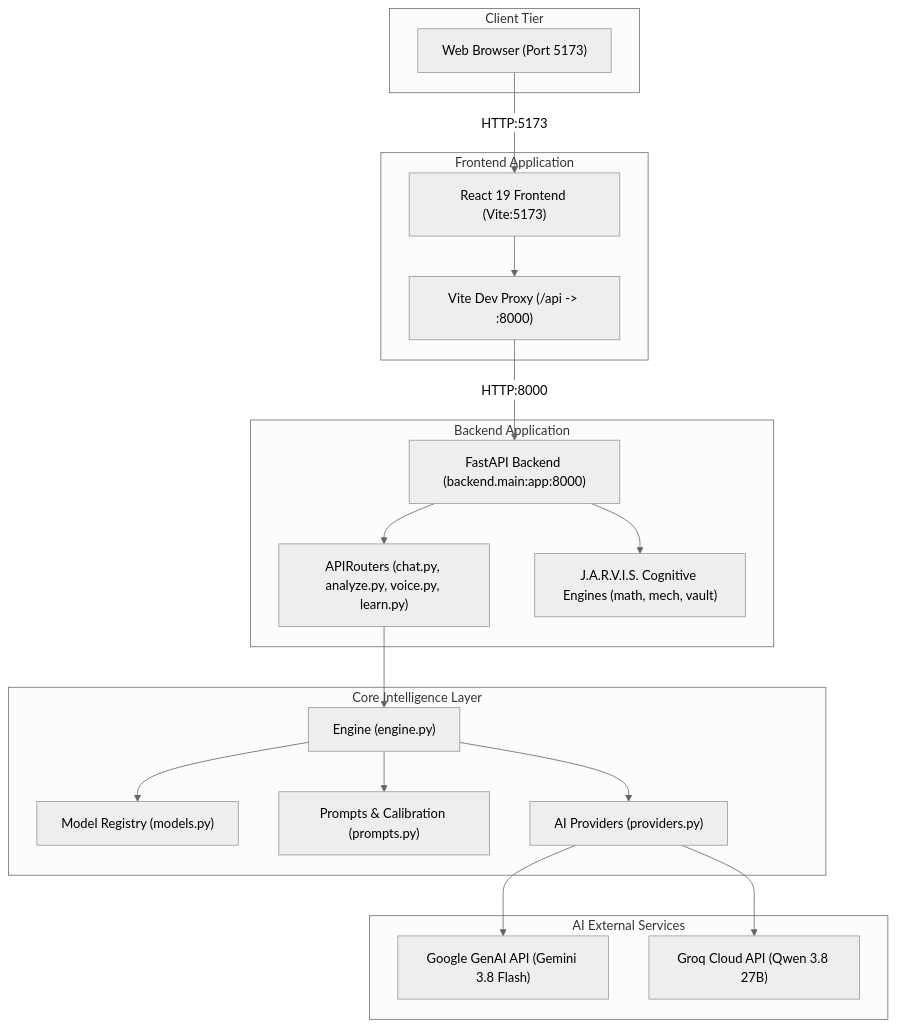
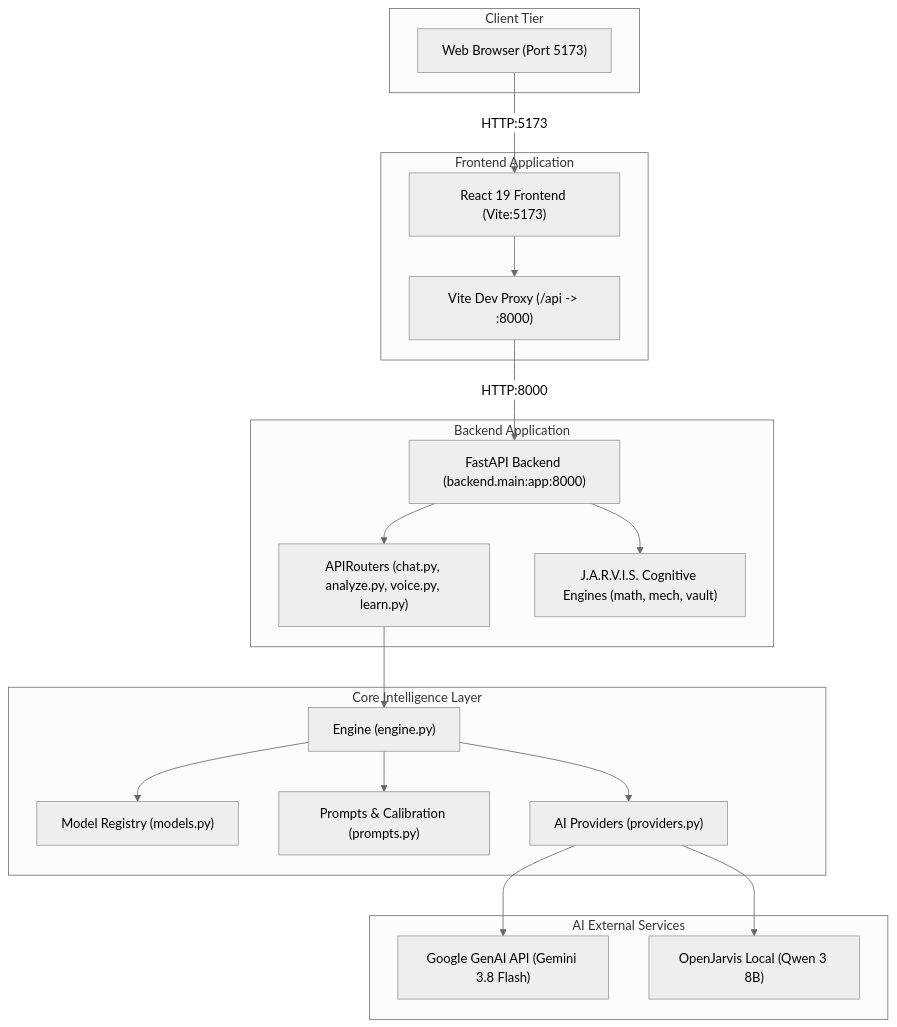
One commit to jagannath-badi/CircuitSnap changed the first of 4 diagrams in docs/ARCHITECTURE.md. Above: the diagram before and after it, drawn with Mermaid (neutral theme). The commit also changed other lines of this file and 17 other files, not shown here.

Commit message:
feat(orchestrator,providers,hud): implement LLM-first RAG routing, remove Groq, fix .env BOM, and polish HUD

````diff
--- a/docs/ARCHITECTURE.md
+++ b/docs/ARCHITECTURE.md
@@ -13,42 +13,42 @@
 ```mermaid
 flowchart TD
     subgraph Client Tier
         Browser["Web Browser (Port 5173)"]
     end
 
     subgraph Frontend Application
         ReactApp["React 19 Frontend (Vite:5173)"]
         ViteProxy["Vite Dev Proxy (/api -> :8000)"]
     end
 
     subgraph Backend Application
         FastAPI["FastAPI Backend (backend.main:app:8000)"]
         Routers["APIRouters (chat.py, analyze.py, voice.py, learn.py)"]
         JarvisEngine["J.A.R.V.I.S. Cognitive Engines (math, mech, vault)"]
     end
 
     subgraph Core Intelligence Layer
         Engine["Engine (engine.py)"]
         Models["Model Registry (models.py)"]
         Prompts["Prompts & Calibration (prompts.py)"]
         Providers["AI Providers (providers.py)"]
     end
 
     subgraph AI External Services
         GeminiAPI["Google GenAI API (Gemini 3.8 Flash)"]
-        GroqAPI["Groq Cloud API (Qwen 3.8 27B)"]
+        OpenJarvisAPI["OpenJarvis Local (Qwen 3 8B)"]
     end
 
     Browser -->|HTTP:5173| ReactApp
     ReactApp --> ViteProxy
     ViteProxy -->|HTTP:8000| FastAPI
     FastAPI --> Routers
     FastAPI --> JarvisEngine
     Routers --> Engine
 
     Engine --> Models
     Engine --> Prompts
     Engine --> Providers
     Providers --> GeminiAPI
-    Providers --> GroqAPI
+    Providers --> OpenJarvisAPI
 ```
````
